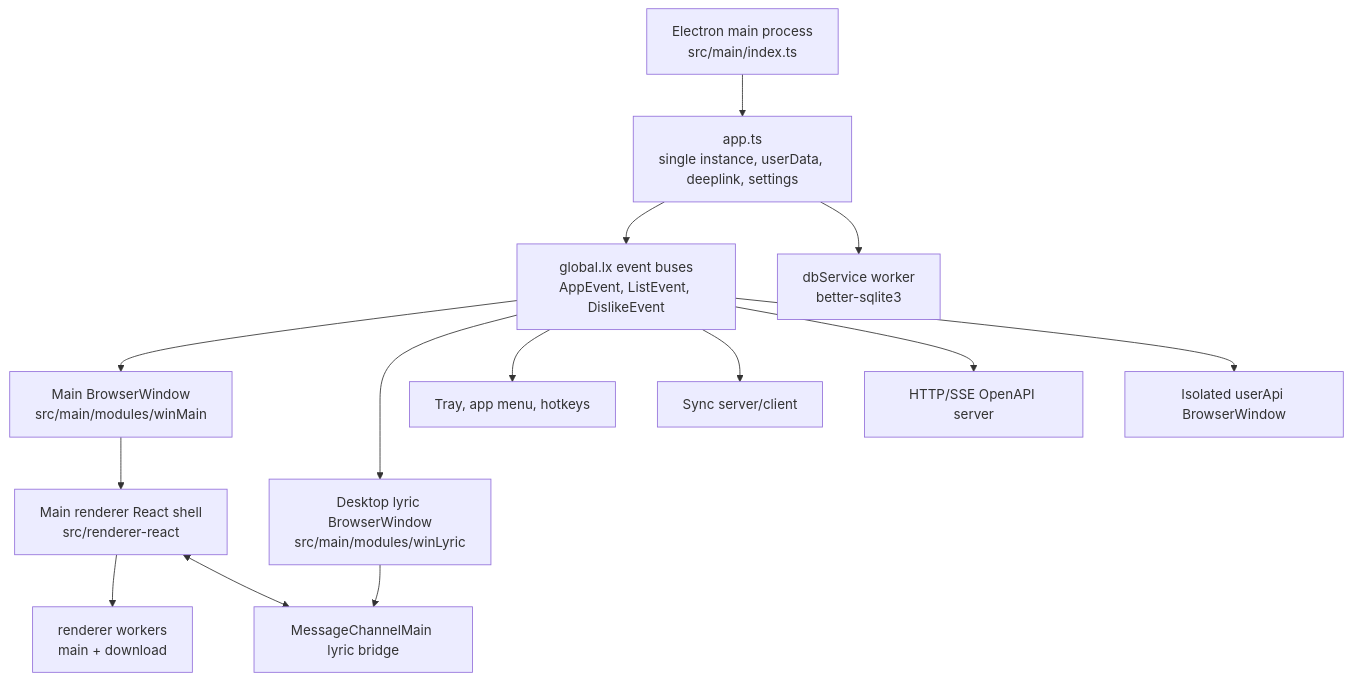
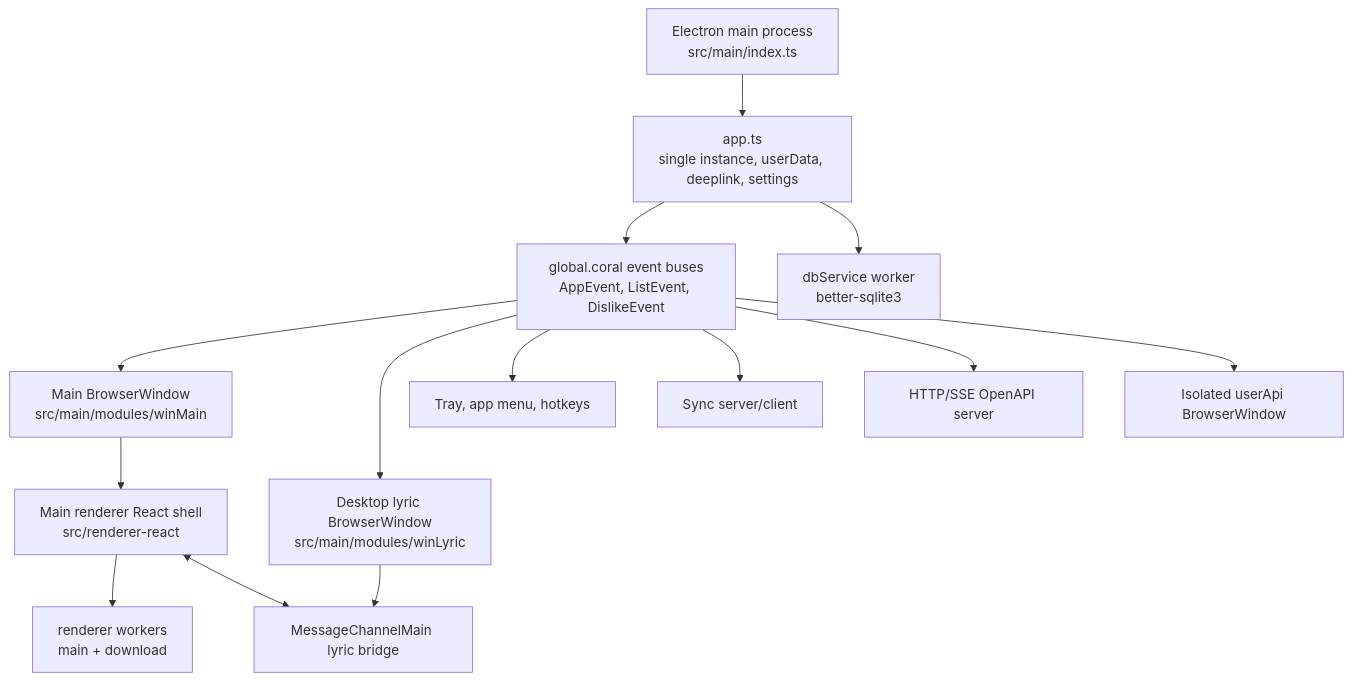
Before and after one commit to vien-meng/coral-music-desktop: the diagram in skills/coral-music-desktop/references/architecture-map.md, drawn with Mermaid. The commit also changed other lines of this file and 257 other files, not shown here.

````diff
--- a/skills/coral-music-desktop/references/architecture-map.md
+++ b/skills/coral-music-desktop/references/architecture-map.md
@@ -34,16 +34,16 @@
 ```mermaid
 flowchart TD
   Main["Electron main process\nsrc/main/index.ts"] --> AppInit["app.ts\nsingle instance, userData, deeplink, settings"]
-  AppInit --> Events["global.lx event buses\nAppEvent, ListEvent, DislikeEvent"]
+  AppInit --> Events["global.coral event buses\nAppEvent, ListEvent, DislikeEvent"]
   AppInit --> DBWorker["dbService worker\nbetter-sqlite3"]
   Events --> WinMain["Main BrowserWindow\nsrc/main/modules/winMain"]
   Events --> WinLyric["Desktop lyric BrowserWindow\nsrc/main/modules/winLyric"]
   Events --> Tray["Tray, app menu, hotkeys"]
   Events --> Sync["Sync server/client"]
   Events --> OpenAPI["HTTP/SSE OpenAPI server"]
   Events --> UserAPI["Isolated userApi BrowserWindow"]
   WinMain --> Renderer["Main renderer React shell\nsrc/renderer-react"]
   WinLyric --> LyricRenderer["Desktop lyric React shell\nsrc/lyric-react"]
   Renderer --> RendererWorkers["renderer workers\nmain + download"]
   Renderer <--> LyricRenderer["MessageChannelMain lyric bridge"]
 ```
````
